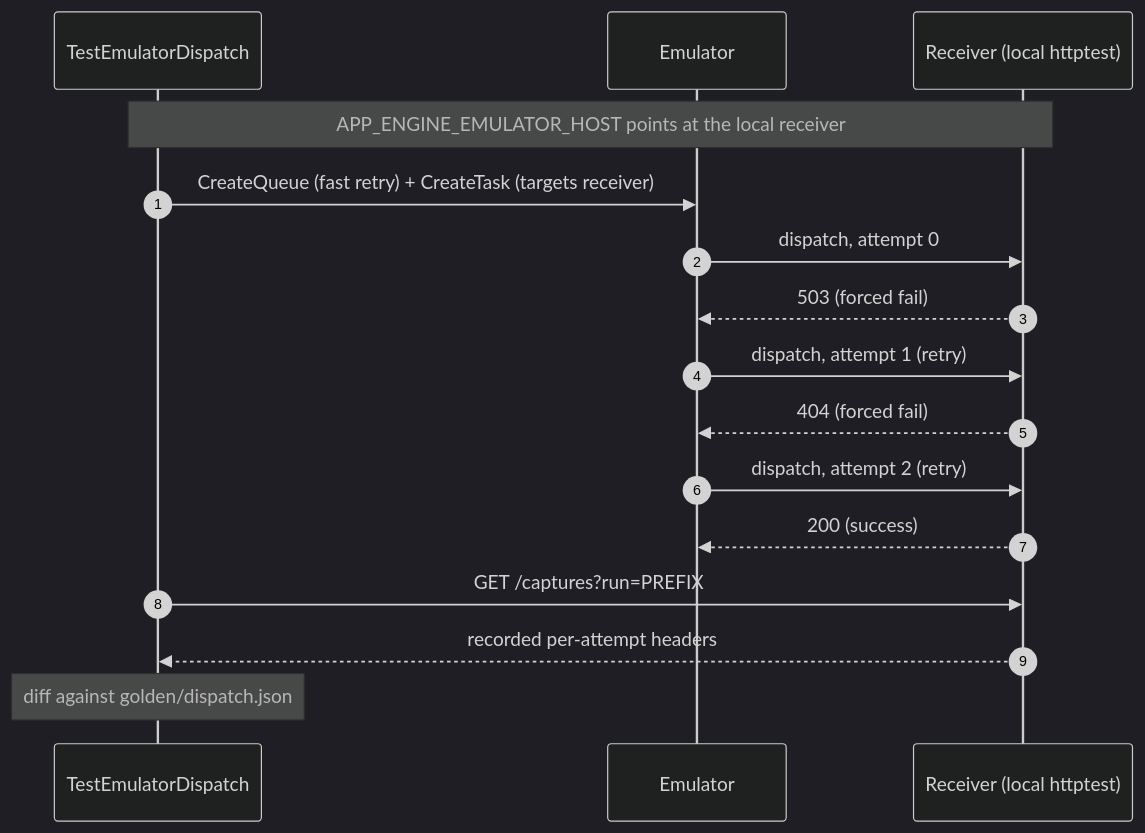
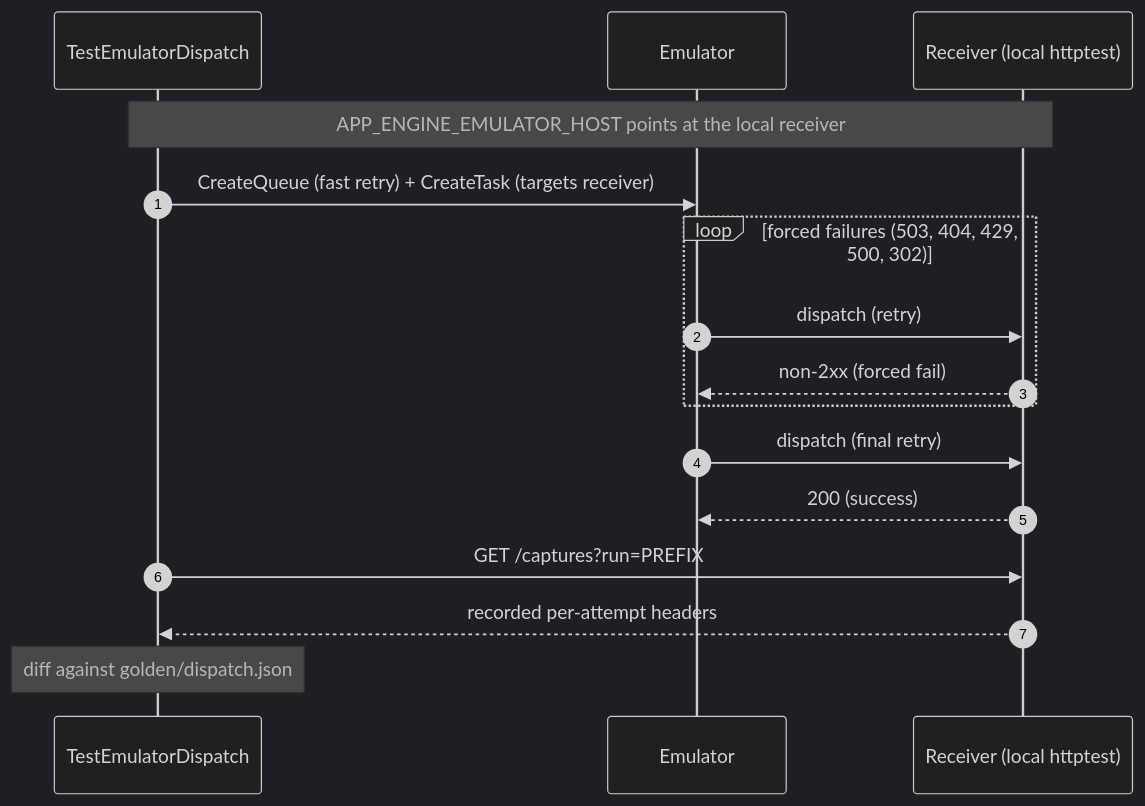
One commit to aertje/cloud-tasks-emulator changed the second of 2 diagrams in conformance/README.md. Above: the diagram before and after it, drawn with Mermaid (dark theme). The commit also changed other lines of this file and 6 other files, not shown here.

First line of the commit message:
Extend dispatch battery to more statuses and timeouts; match on retry reasons

````diff
--- a/conformance/README.md
+++ b/conformance/README.md
@@ -190,18 +196,18 @@
 ```mermaid
 sequenceDiagram
     autonumber
     participant T as TestEmulatorDispatch
     participant EMU as Emulator
     participant RCV as Receiver (local httptest)
     Note over T,RCV: APP_ENGINE_EMULATOR_HOST points at the local receiver
     T->>EMU: CreateQueue (fast retry) + CreateTask (targets receiver)
-    EMU->>RCV: dispatch, attempt 0
-    RCV-->>EMU: 503 (forced fail)
-    EMU->>RCV: dispatch, attempt 1 (retry)
-    RCV-->>EMU: 404 (forced fail)
-    EMU->>RCV: dispatch, attempt 2 (retry)
+    loop forced failures (503, 404, 429, 500, 302)
+        EMU->>RCV: dispatch (retry)
+        RCV-->>EMU: non-2xx (forced fail)
+    end
+    EMU->>RCV: dispatch (final retry)
     RCV-->>EMU: 200 (success)
     T->>RCV: GET /captures?run=PREFIX
     RCV-->>T: recorded per-attempt headers
     Note over T: diff against golden/dispatch.json
 ```
````
